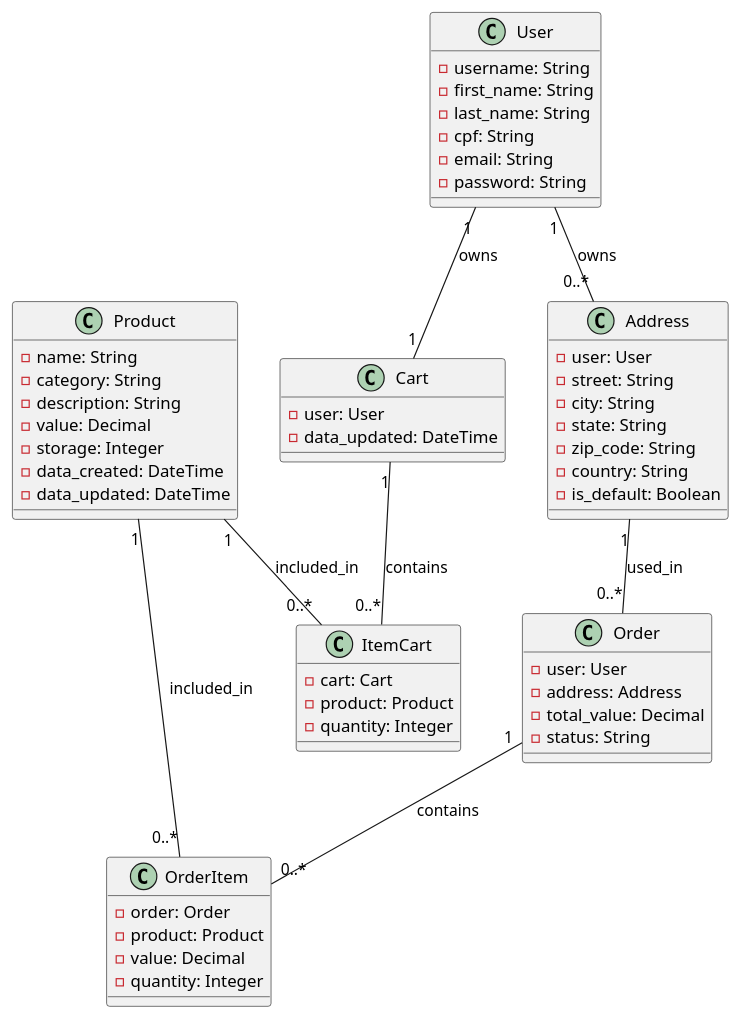
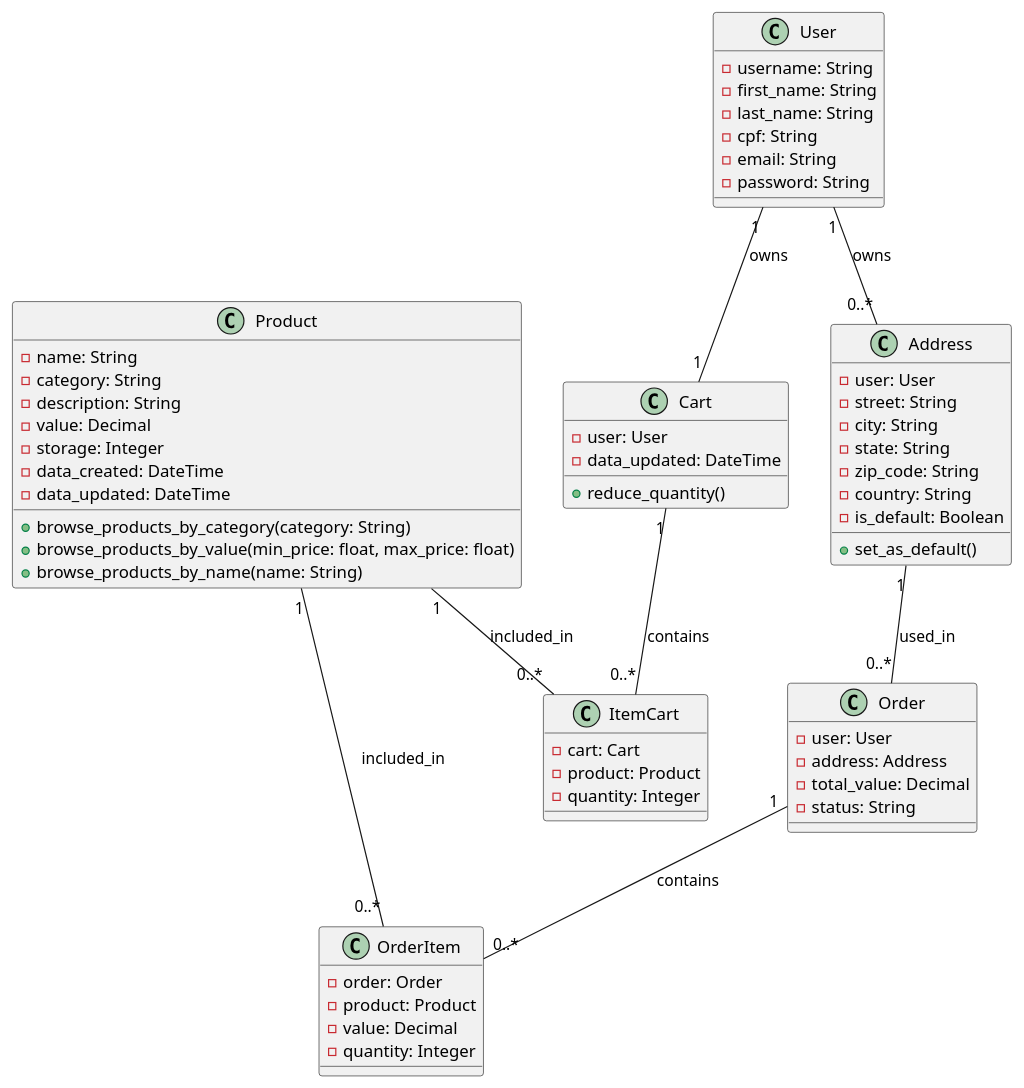
Before and after one commit to RenanCosta2/e-commerce: the diagram in class_diagram.iuml, drawn with PlantUML.

Commit message:
docs: added methods in diagram

```diff
--- a/class_diagram.iuml
+++ b/class_diagram.iuml
@@ -1,65 +1,70 @@
 @startuml e-commerce
 
 class Product {
     - name: String
     - category: String
     - description: String
     - value: Decimal
     - storage: Integer
     - data_created: DateTime
     - data_updated: DateTime
+    + browse_products_by_category(category: String)
+    + browse_products_by_value(min_price: float, max_price: float)
+    + browse_products_by_name(name: String)
 }
 
 class User {
     - username: String
     - first_name: String
     - last_name: String
     - cpf: String
     - email: String
     - password: String
 }
 
 class Cart {
     - user: User
     - data_updated: DateTime
+    + reduce_quantity()
 }
 
 class ItemCart {
     - cart: Cart
     - product: Product
     - quantity: Integer
 }
 
 class Address {
     - user: User
     - street: String
     - city: String
     - state: String
     - zip_code: String
     - country: String
     - is_default: Boolean
+    + set_as_default()
 }
 
 class Order {
     - user: User
     - address: Address
     - total_value: Decimal
     - status: String
 }
 
 class OrderItem {
     - order: Order
     - product: Product
     - value: Decimal
     - quantity: Integer
 }
 
 User "1" -- "1" Cart : owns
 Cart "1" -- "0..*" ItemCart : contains
 Product "1" -- "0..*" ItemCart : included_in
 User "1" -- "0..*" Address : owns
 Address "1" -- "0..*" Order : used_in
 Order "1" -- "0..*" OrderItem : contains
 Product "1" -- "0..*" OrderItem : included_in
 
 @enduml
```
